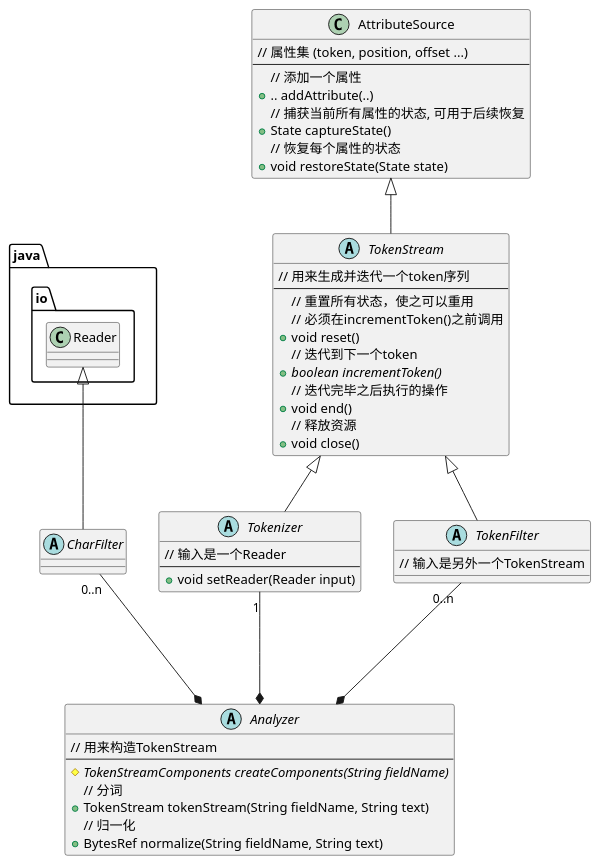
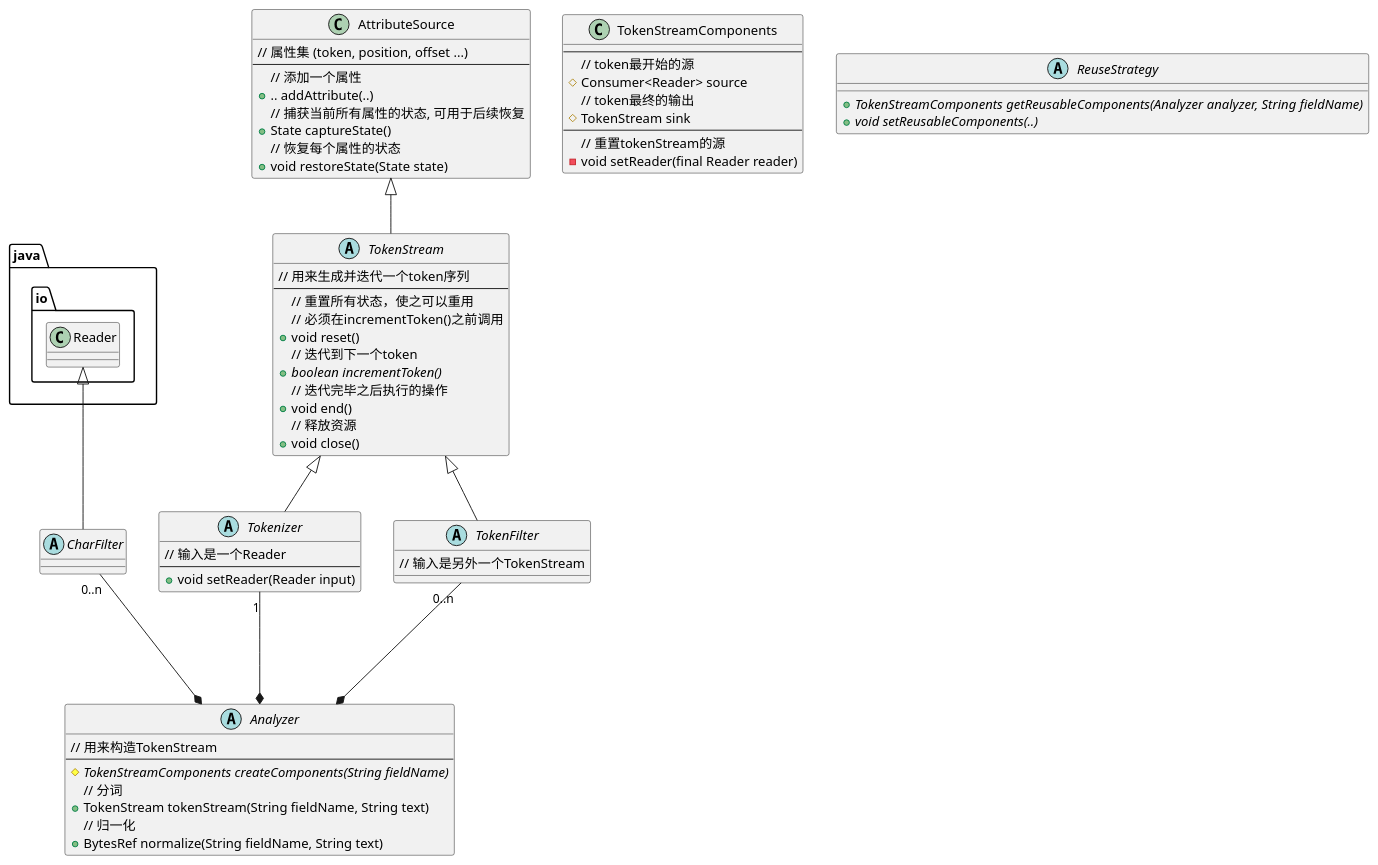
The diagram in core/notes/lucene/analysis/analysis核心类图.puml (zouxiang1993/lucene-8.0.0), drawn with PlantUML before and after one commit. The commit also changed 1 other file, not shown here.

```diff
--- a/core/notes/lucene/analysis/analysis核心类图.puml
+++ b/core/notes/lucene/analysis/analysis核心类图.puml
@@ -1,57 +1,72 @@
 @startuml
 
 class AttributeSource{
     // 属性集 (token, position, offset ...)
     ---
     // 添加一个属性
     + .. addAttribute(..)
     // 捕获当前所有属性的状态, 可用于后续恢复
     +State captureState()
     // 恢复每个属性的状态
     + void restoreState(State state)
 }
 
 abstract class TokenStream extends AttributeSource{
     // 用来生成并迭代一个token序列
     ---
     // 重置所有状态，使之可以重用
     // 必须在incrementToken()之前调用
     +void reset()
     // 迭代到下一个token
     +{abstract} boolean incrementToken()
     // 迭代完毕之后执行的操作
     +void end()
     // 释放资源
     +void close()
 }
 
 abstract class Tokenizer extends TokenStream{
     // 输入是一个Reader
     ---
     +void setReader(Reader input)
 }
 
 abstract class TokenFilter extends TokenStream{
     // 输入是另外一个TokenStream
 }
 
 abstract class CharFilter extends java.io.Reader
 
 abstract class Analyzer {
     // 用来构造TokenStream
     ---
     #{abstract} TokenStreamComponents createComponents(String fieldName)
     // 分词
     +TokenStream tokenStream(String fieldName, String text)
     // 归一化
     +BytesRef normalize(String fieldName, String text)
 }
 
+class TokenStreamComponents{
+    ---
+    // token最开始的源
+    #Consumer<Reader> source
+    // token最终的输出
+    #TokenStream sink
+    ---
+    // 重置tokenStream的源
+    -void setReader(final Reader reader)
+}
+
+abstract class ReuseStrategy{
+    +{abstract} TokenStreamComponents getReusableComponents(Analyzer analyzer, String fieldName)
+    +{abstract} void setReusableComponents(..)
+}
 
 CharFilter -right[hidden]-- Tokenizer
 TokenFilter -left[hidden]-- Tokenizer
 Analyzer *-up-- "0..n" CharFilter
 Analyzer *-up-- "1" Tokenizer
 Analyzer *-up-- "0..n" TokenFilter
 
 @enduml
```
